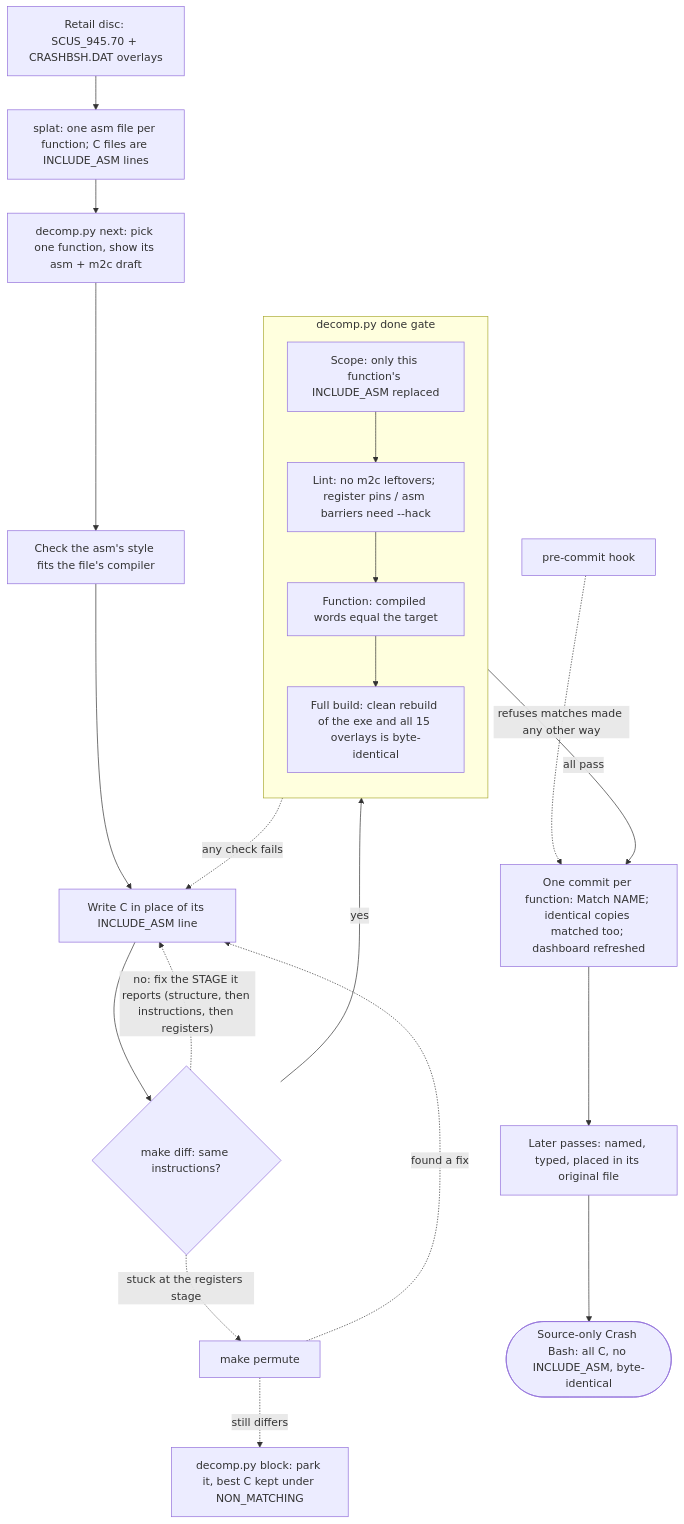
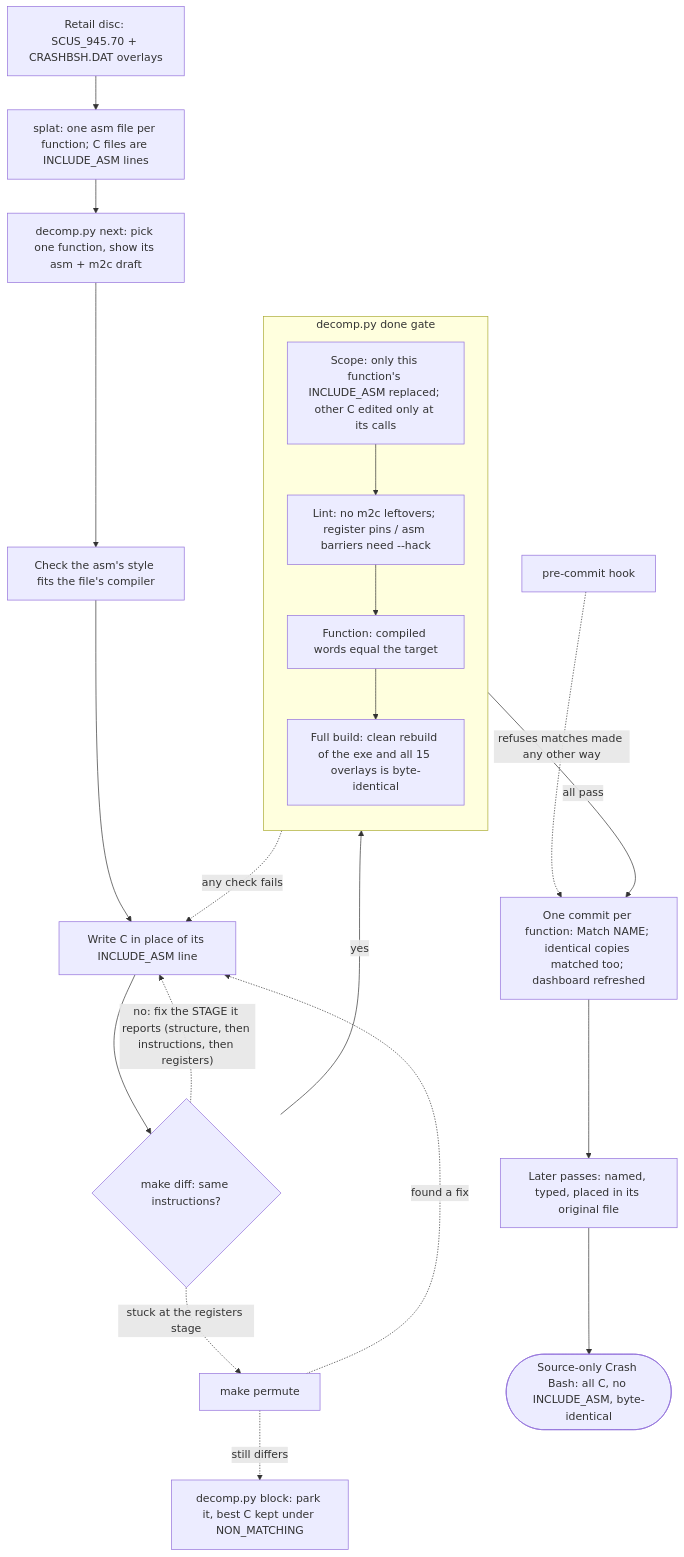
Before and after one commit to jake-r-r-w/crash_bash_decomp: the diagram in docs/MATCHING.md, drawn with Mermaid. The commit also changed other lines of this file and 4 other files, not shown here.

````diff
--- a/docs/MATCHING.md
+++ b/docs/MATCHING.md
@@ -8,26 +8,26 @@
 ```mermaid
 flowchart TD
     disc["Retail disc: SCUS_945.70 + CRASHBSH.DAT overlays"] --> split["splat: one asm file per function; C files are INCLUDE_ASM lines"]
     split --> next["decomp.py next: pick one function, show its asm + m2c draft"]
     next --> unit["Check the asm's style fits the file's compiler"]
     unit --> write["Write C in place of its INCLUDE_ASM line"]
     write --> diff{"make diff: same instructions?"}
     diff -. "no: fix the STAGE it reports (structure, then instructions, then registers)" .-> write
     diff -. "stuck at the registers stage" .-> permute["make permute"]
     permute -. "found a fix" .-> write
     permute -. "still differs" .-> block["decomp.py block: park it, best C kept under NON_MATCHING"]
     diff -- "yes" --> g1
 
     subgraph gate ["decomp.py done gate"]
         direction TB
-        g1["Scope: only this function's INCLUDE_ASM replaced"] --> g2["Lint: no m2c leftovers; register pins / asm barriers need --hack"]
+        g1["Scope: only this function's INCLUDE_ASM replaced; other C edited only at its calls"] --> g2["Lint: no m2c leftovers; register pins / asm barriers need --hack"]
         g2 --> g3["Function: compiled words equal the target"]
         g3 --> g4["Full build: clean rebuild of the exe and all 15 overlays is byte-identical"]
     end
 
     gate -. "any check fails" .-> write
     g4 -- "all pass" --> commit["One commit per function: Match NAME; identical copies matched too; dashboard refreshed"]
     hook["pre-commit hook"] -. "refuses matches made any other way" .-> commit
     commit --> quality["Later passes: named, typed, placed in its original file"]
     quality --> goal(["Source-only Crash Bash: all C, no INCLUDE_ASM, byte-identical"])
 ```
````
